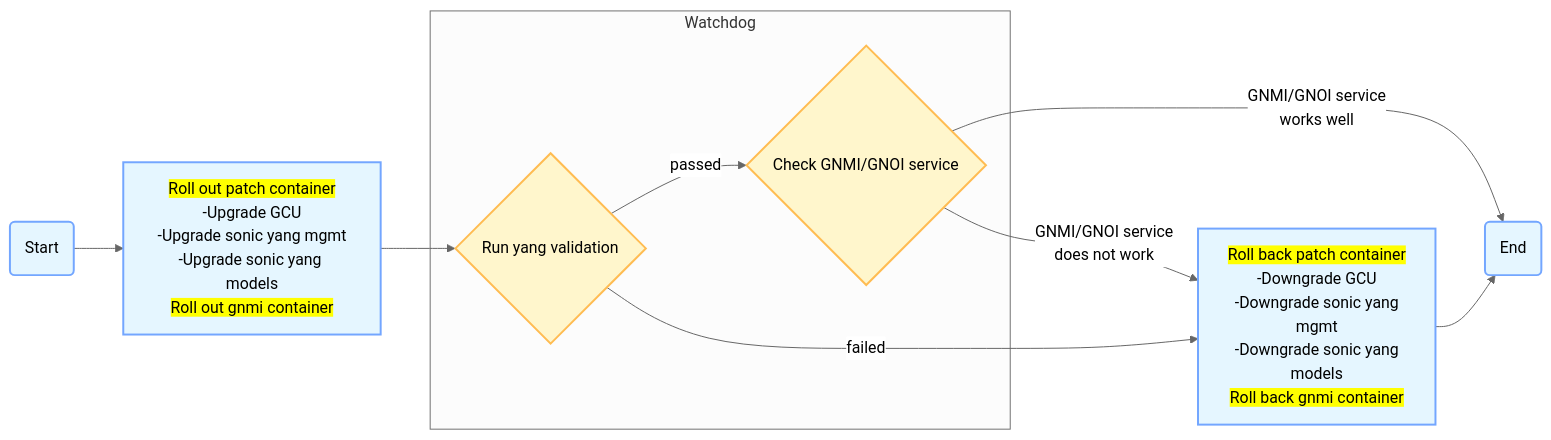
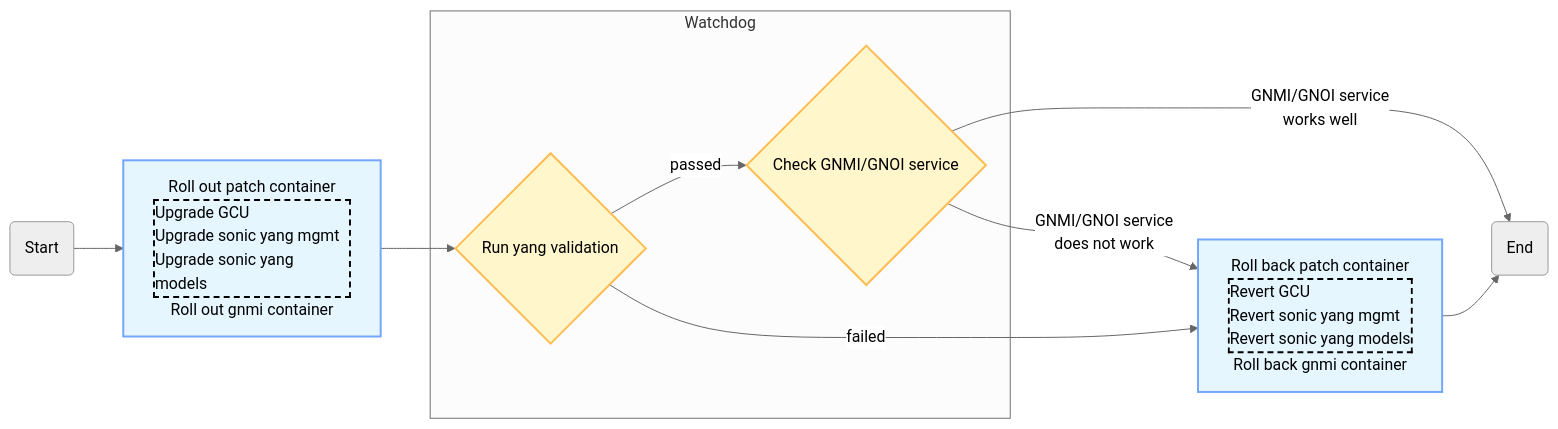
Before and after one commit to ganglyu/mermaid: the diagram in upgrade_flowchart.md, drawn with Mermaid (neutral theme).

````diff
--- a/upgrade_flowchart.md
+++ b/upgrade_flowchart.md
@@ -1,18 +1,18 @@
 ```mermaid
 graph LR
     classDef process fill:#E5F6FF,stroke:#73A6FF,stroke-width:2px;
     classDef decision fill:#FFF6CC,stroke:#FFBC52,stroke-width:2px;
-    RolloutGeneric[<span style="background-color: yellow;">Roll out patch container</span><br>-Upgrade GCU<br>-Upgrade sonic yang mgmt<br>-Upgrade sonic yang models<br></span><span style="background-color: yellow;">Roll out gnmi container</span>]
-    RollbackGeneric[<span style="background-color: yellow;">Roll back patch container</span><br>-Downgrade GCU<br>-Downgrade sonic yang<br>mgmt<br>-Downgrade sonic yang<br>models<br><span style="background-color: yellow;">Roll back gnmi container</span>]
+    RolloutGeneric[Roll out patch container<br><div style="margin-left:0px;border:2px dashed black;padding:0px;text-align:left;">Upgrade GCU<br>Upgrade sonic yang mgmt<br>Upgrade sonic yang models</div>Roll out gnmi container]
+    RollbackGeneric[Roll back patch container<br><div style="margin-left:0px;border:2px dashed black;padding:0px;text-align:left;">Revert GCU<br>Revert sonic yang mgmt<br>Revert sonic yang models</div>Roll back gnmi container]
     subgraph Watchdog
         WatchdogGCU{Run yang validation}
         WatchdogGNMI{Check GNMI/GNOI service}
     end
-    Start(Start):::process --> RolloutGeneric:::process
+    Start(Start) --> RolloutGeneric:::process
     RolloutGeneric --> WatchdogGCU:::decision
     WatchdogGCU --> |passed|WatchdogGNMI:::decision
     WatchdogGCU --> |failed|RollbackGeneric:::process
-    WatchdogGNMI --> |GNMI/GNOI service<br>works well|End[End]:::process
+    WatchdogGNMI --> |GNMI/GNOI service<br>works well|End(End)
     WatchdogGNMI --> |GNMI/GNOI service<br>does not work|RollbackGeneric:::process
-    RollbackGeneric --> End(End):::process
+    RollbackGeneric --> End
 ```
````
